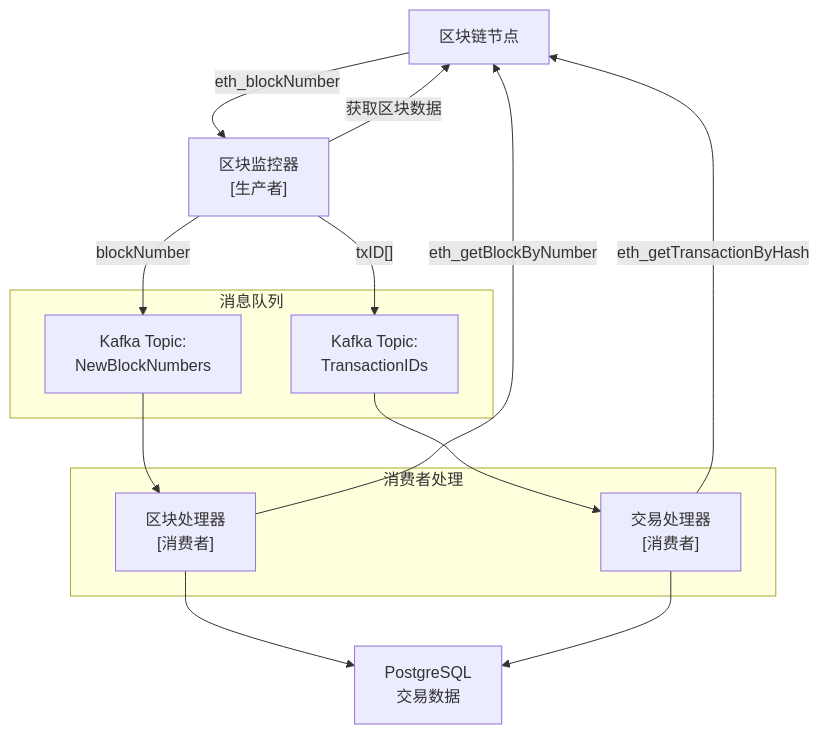
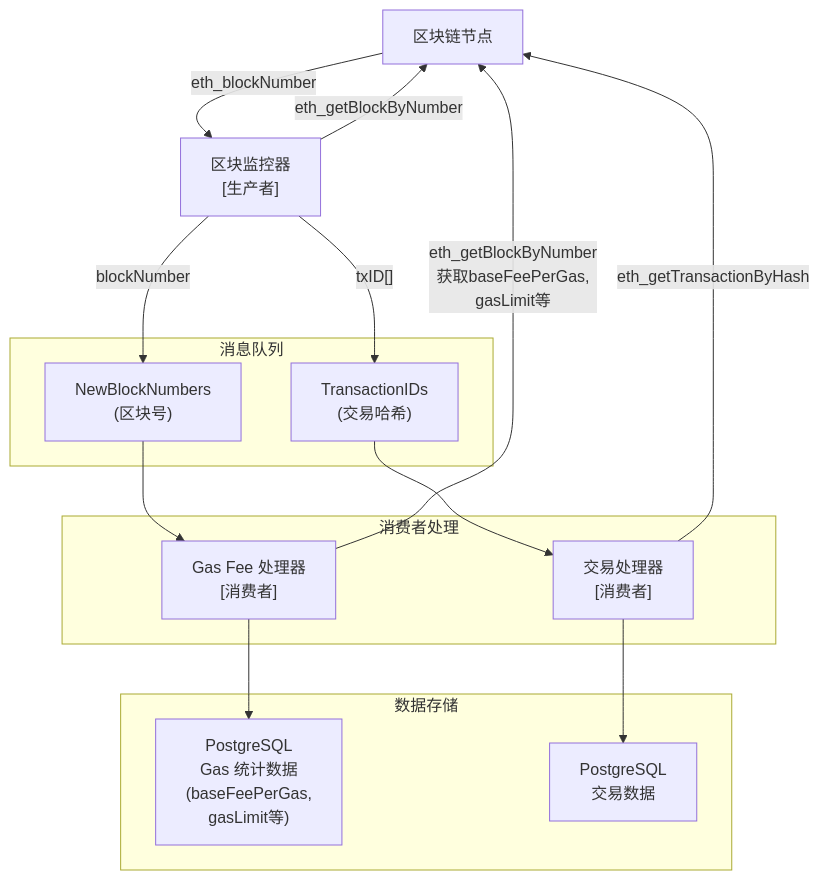
One commit to 1500256797/evm_block_indexer changed the diagram in README.md. Above: the diagram before and after it, drawn with Mermaid. The commit also changed other lines of this file, not shown here.

Commit message:
feat: init go block indexer

````diff
--- a/README.md
+++ b/README.md
@@ -9,27 +9,32 @@
 ```mermaid
 graph TD
     A["区块链节点"] -->|"eth_blockNumber"| B["区块监控器<br/>[生产者]"]
-    B -->|"获取区块数据"| A
+    B -->|"eth_getBlockByNumber"| A
 
     B -->|"blockNumber"| K1["Kafka Topic:<br/>NewBlockNumbers"]
     B -->|"txID[]"| K2["Kafka Topic:<br/>TransactionIDs"]
 
-    K1 --> C1["区块处理器<br/>[消费者]"]
+    K1 --> C1["Gas Fee 处理器<br/>[消费者]"]
     K2 --> C2["交易处理器<br/>[消费者]"]
 
-    C1 -->|"eth_getBlockByNumber"| A
+    C1 -->|"eth_getBlockByNumber<br/>获取baseFeePerGas,<br/>gasLimit等"| A
     C2 -->|"eth_getTransactionByHash"| A
 
-    C1 --> D["PostgreSQL<br/>区块数据"]
-    C2 --> D["PostgreSQL<br/>交易数据"]
+    C1 --> D1["PostgreSQL<br/>Gas 统计数据<br/>(baseFeePerGas,<br/>gasLimit等)"]
+    C2 --> D2["PostgreSQL<br/>交易数据"]
 
     subgraph "消息队列"
-    K1
-    K2
+    K1["NewBlockNumbers<br/>(区块号)"]
+    K2["TransactionIDs<br/>(交易哈希)"]
     end
 
     subgraph "消费者处理"
     C1
     C2
     end
+
+    subgraph "数据存储"
+    D1
+    D2
+    end
 ```
````
